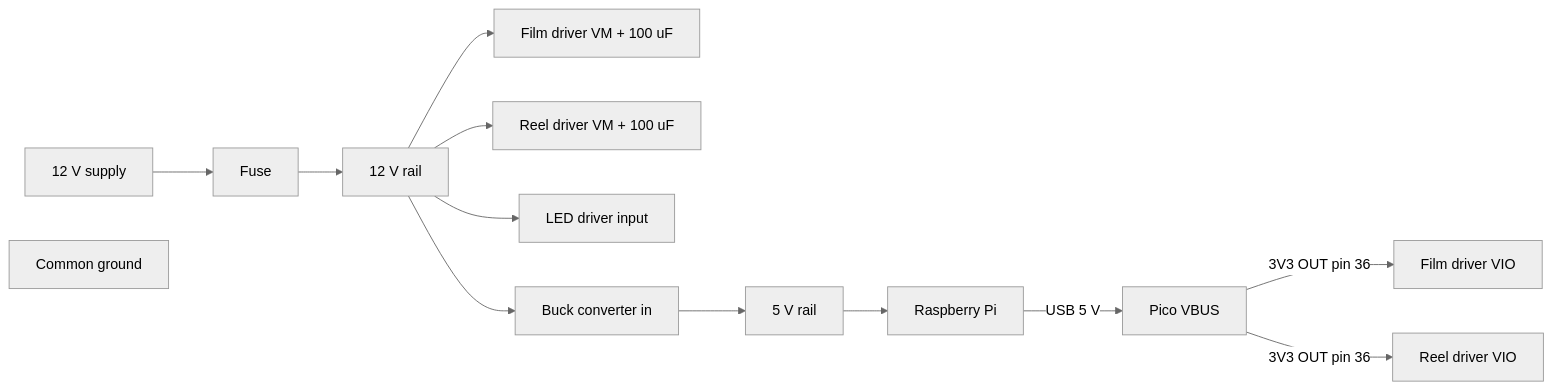
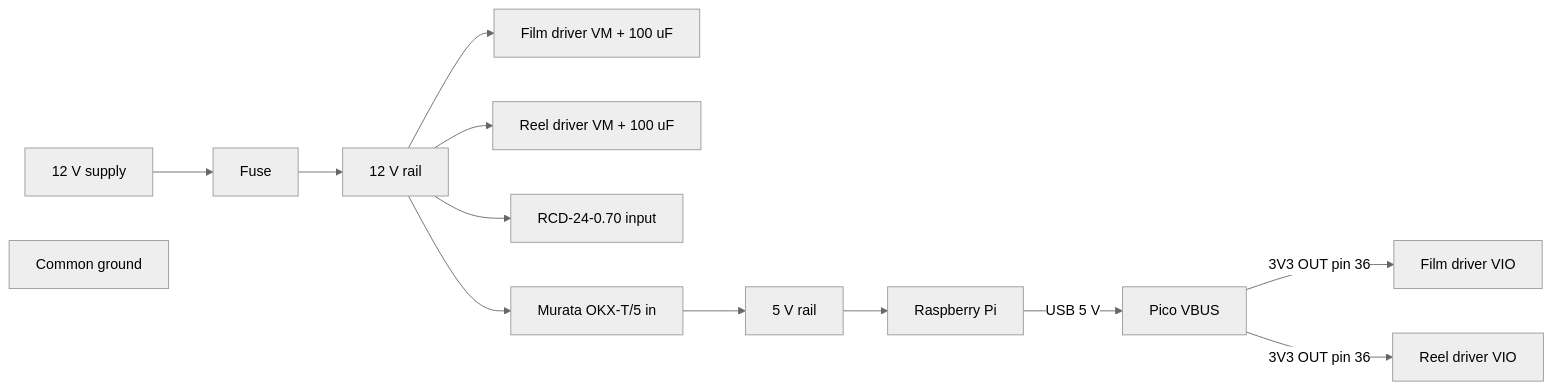
The second of 4 diagrams in docs/design/wiring.md (hess105/Super8FilmScanner), drawn with Mermaid (neutral theme) before and after one commit. The commit also changed other lines of this file and 4 other files, not shown here.

````diff
--- a/docs/design/wiring.md
+++ b/docs/design/wiring.md
@@ -29,15 +29,15 @@
 ```mermaid
 flowchart LR
     PSU[12 V supply] --> FUSE[Fuse]
     FUSE --> R12[12 V rail]
     R12 --> VMF[Film driver VM + 100 uF]
     R12 --> VMR[Reel driver VM + 100 uF]
-    R12 --> LD[LED driver input]
-    R12 --> BK[Buck converter in]
+    R12 --> LD[RCD-24-0.70 input]
+    R12 --> BK[Murata OKX-T/5 in]
     BK --> R5[5 V rail]
     R5 --> PI[Raspberry Pi]
     PI -->|USB 5 V| PICO[Pico VBUS]
     PICO -->|3V3 OUT pin 36| VIOF[Film driver VIO]
     PICO -->|3V3 OUT pin 36| VIOR[Reel driver VIO]
     GND[Common ground]
 ```
````
